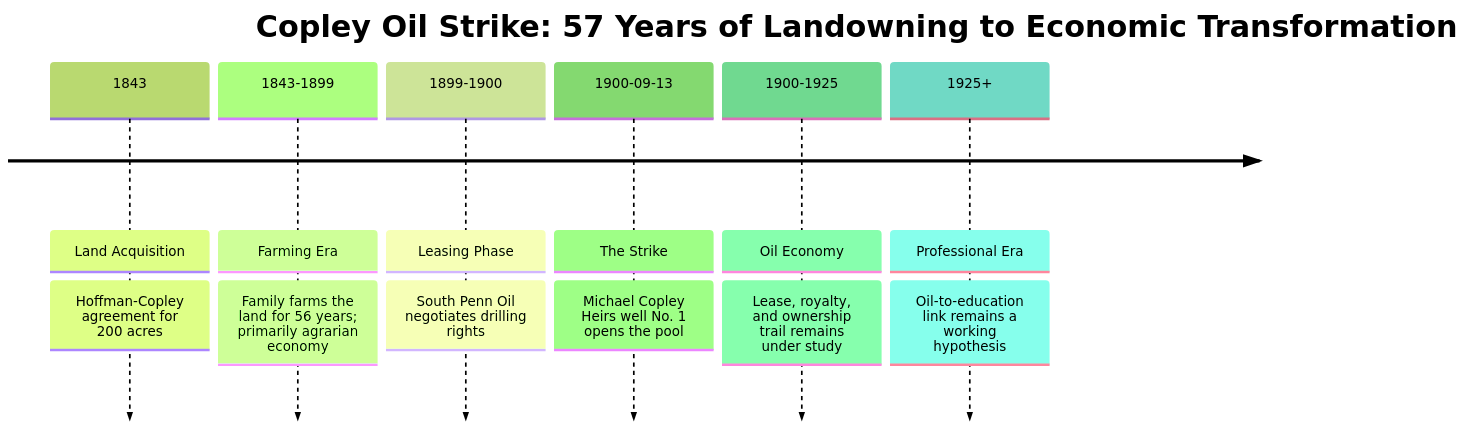
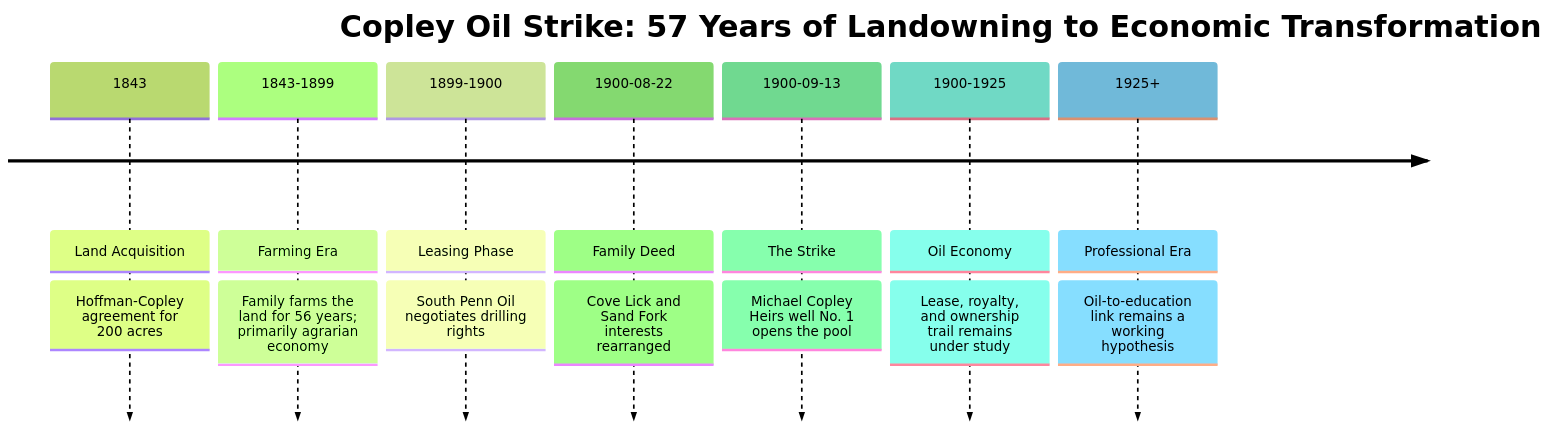
One commit to zcopley/copley-family-research changed the diagram in Topics/1900 Copley Oil Strike.md. Above: the diagram before and after it, drawn with Mermaid (forest theme). The commit also changed other lines of this file and 22 other files, not shown here.

Commit message:
Identify 1900 Copley family exchange deed

````diff
--- a/Topics/1900 Copley Oil Strike.md
+++ b/Topics/1900 Copley Oil Strike.md
@@ -44,11 +46,12 @@
 ```mermaid
 timeline
     title Copley Oil Strike: 57 Years of Landowning to Economic Transformation
     
     1843 : Land Acquisition : Hoffman-Copley agreement for 200 acres
     1843-1899 : Farming Era : Family farms the land for 56 years; primarily agrarian economy
     1899-1900 : Leasing Phase : South Penn Oil negotiates drilling rights
+    1900-08-22 : Family Deed : Cove Lick and Sand Fork interests rearranged
     1900-09-13 : The Strike : Michael Copley Heirs well No. 1 opens the pool
     1900-1925 : Oil Economy : Lease, royalty, and ownership trail remains under study
     1925+ : Professional Era : Oil-to-education link remains a working hypothesis
 ```
````
